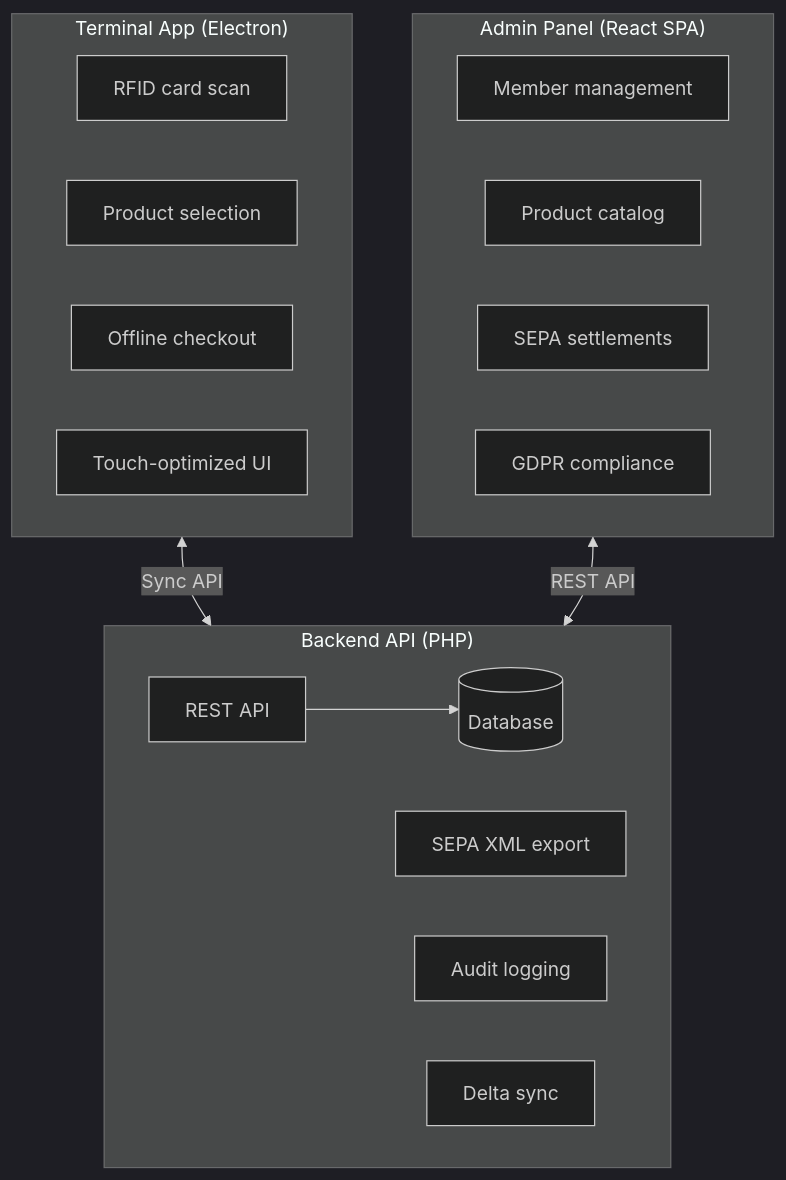
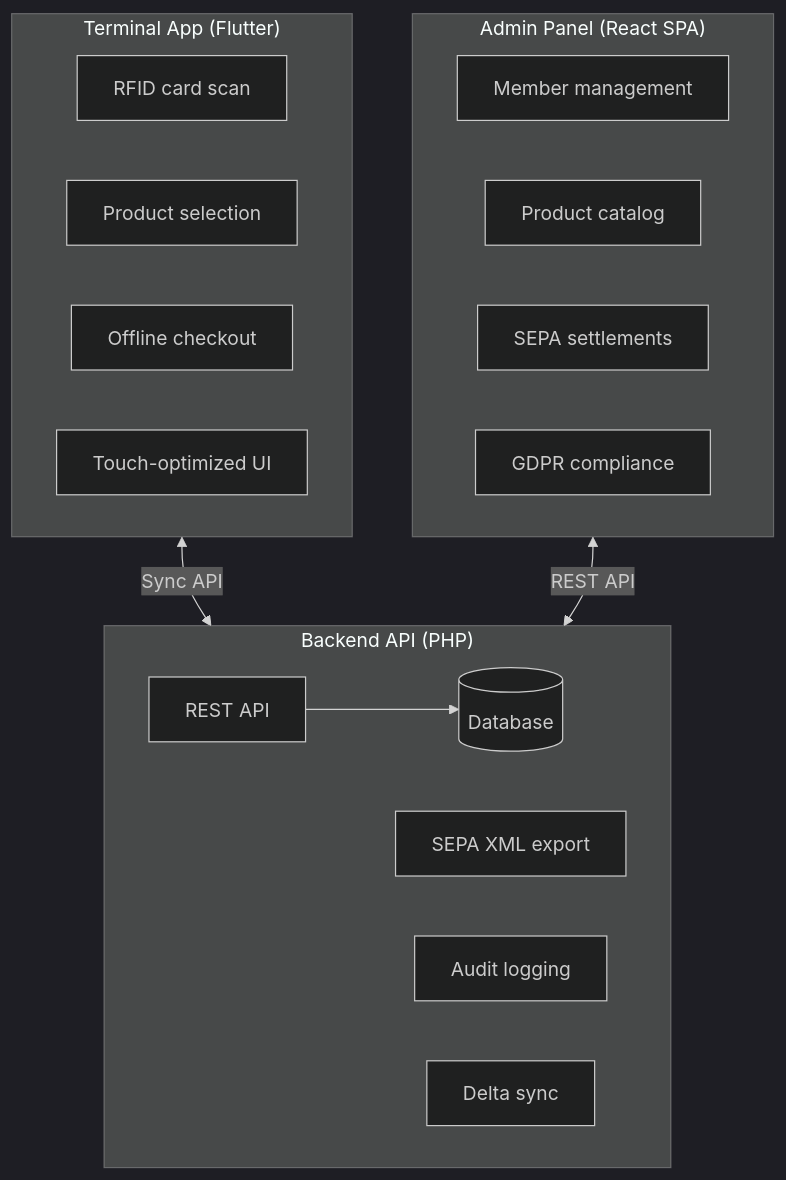
The diagram in README.md (dgloeckner/clubbar), drawn with Mermaid (dark theme) before and after one commit. The commit also changed other lines of this file, not shown here.

````diff
--- a/README.md
+++ b/README.md
@@ -31,28 +31,28 @@
 ```mermaid
 flowchart TB
-    subgraph Terminal["Terminal App (Electron)"]
+    subgraph Terminal["Terminal App (Flutter)"]
         T1[RFID card scan]
         T2[Product selection]
         T3[Offline checkout]
         T4[Touch-optimized UI]
     end
 
     subgraph Admin["Admin Panel (React SPA)"]
         A1[Member management]
         A2[Product catalog]
         A3[SEPA settlements]
         A4[GDPR compliance]
     end
 
     subgraph Backend["Backend API (PHP)"]
         B1[REST API]
         B2[SEPA XML export]
         B3[Audit logging]
         B4[Delta sync]
         DB[(Database)]
         B1 --> DB
     end
 
     Terminal <-->|"Sync API"| Backend
     Admin <-->|"REST API"| Backend
 ```
````
